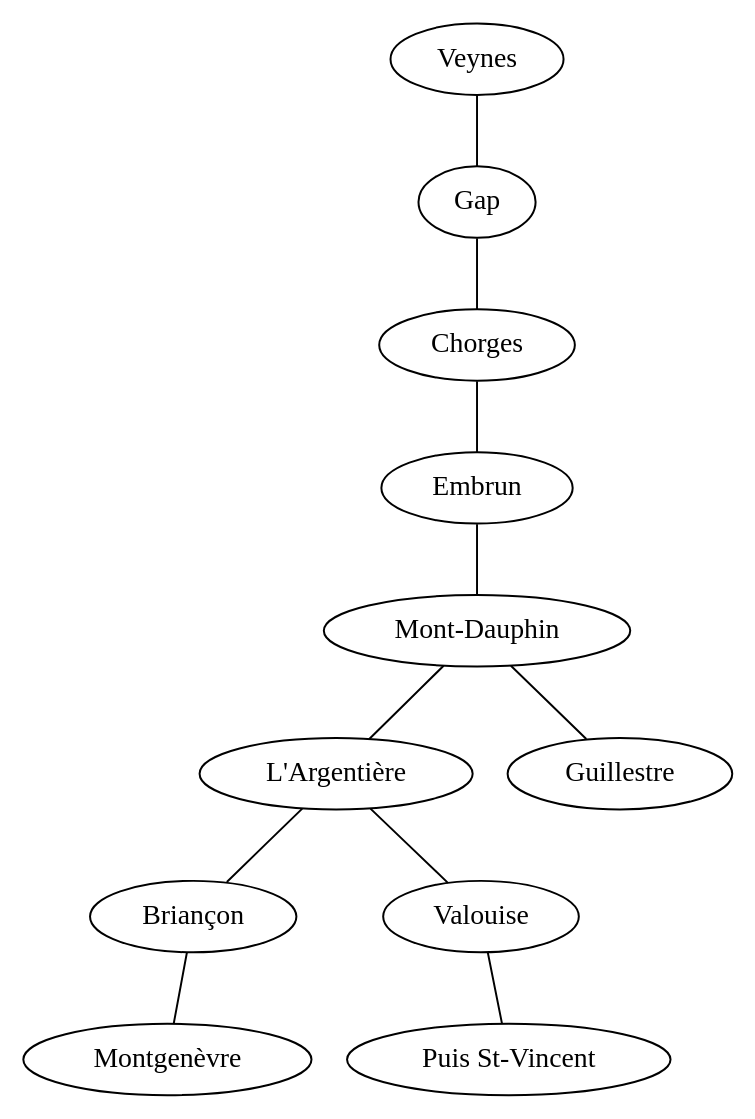
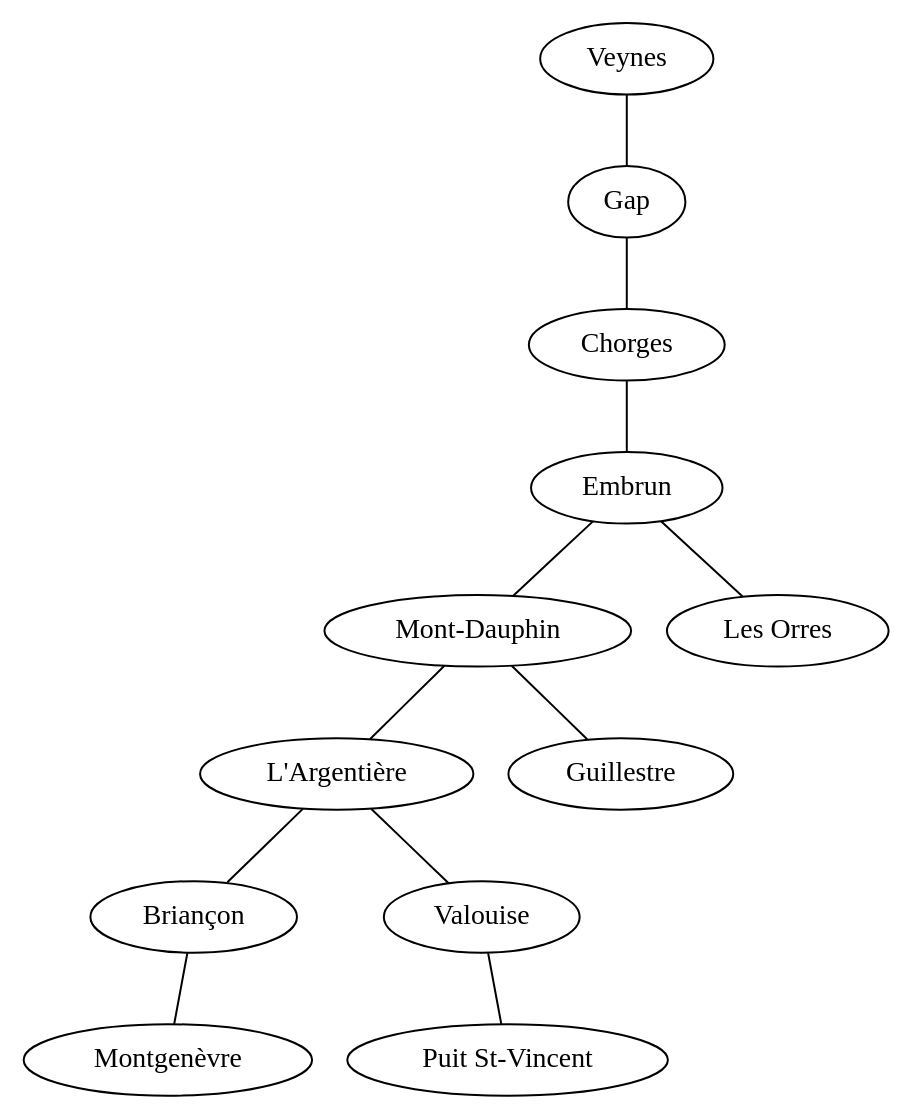
Before and after one commit to Naereen/web-sphinx: the fifth of 5 diagrams in graph.rst, drawn with Graphviz. The commit also changed other lines of this file and 1 other file, not shown here.

```diff
--- a/graph.rst
+++ b/graph.rst
@@ -83,6 +85,7 @@
 .. graph:: alpes
 
    "Veynes" -- "Gap" -- "Chorges" -- "Embrun" -- "Mont-Dauphin" -- "L'Argentière" -- "Briançon";
    "Mont-Dauphin" -- "Guillestre";
-   "L'Argentière" -- "Valouise" -- "Puis St-Vincent";
+   "L'Argentière" -- "Valouise" -- "Puit St-Vincent";
    "Briançon" -- "Montgenèvre";
+   "Embrun" -- "Les Orres";
```
